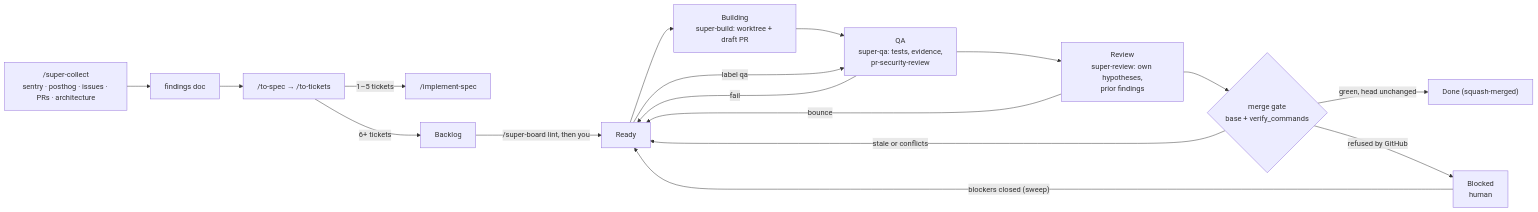
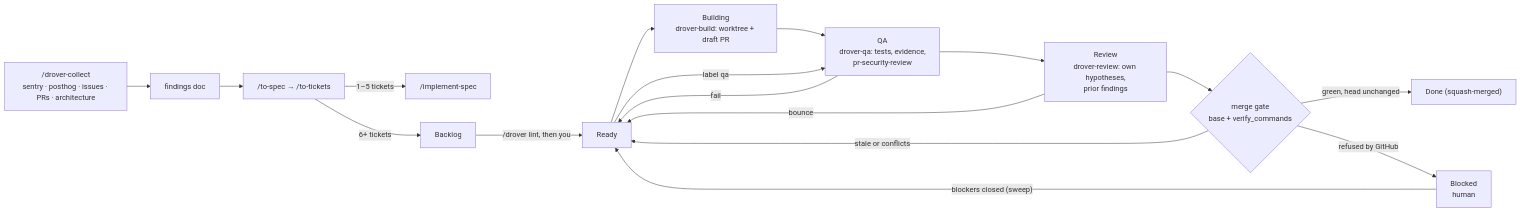
Before and after one commit to belastrittmatter/Drover: the diagram in docs/drover/README.md, drawn with Mermaid. The commit also changed other lines of this file and 155 other files, not shown here.

First line of the commit message:
refactor: rename super-board skills to drover

````diff
--- a/docs/drover/README.md
+++ b/docs/drover/README.md
@@ -23,19 +23,19 @@
 ```mermaid
 flowchart LR
-  collect["/super-collect<br/>sentry · posthog · issues · PRs · architecture"] --> findings["findings doc"]
+  collect["/drover-collect<br/>sentry · posthog · issues · PRs · architecture"] --> findings["findings doc"]
   findings --> spec["/to-spec → /to-tickets"]
   spec -->|"1–5 tickets"| impl["/implement-spec"]
   spec -->|"6+ tickets"| backlog["Backlog"]
-  backlog -->|"/super-board lint, then you"| ready["Ready"]
-  ready --> build["Building<br/>super-build: worktree + draft PR"]
-  build --> qa["QA<br/>super-qa: tests, evidence,<br/>pr-security-review"]
+  backlog -->|"/drover lint, then you"| ready["Ready"]
+  ready --> build["Building<br/>drover-build: worktree + draft PR"]
+  build --> qa["QA<br/>drover-qa: tests, evidence,<br/>pr-security-review"]
   ready -->|"label qa"| qa
-  qa --> review["Review<br/>super-review: own hypotheses,<br/>prior findings"]
+  qa --> review["Review<br/>drover-review: own hypotheses,<br/>prior findings"]
   review --> gate{"merge gate<br/>base + verify_commands"}
   gate -->|green, head unchanged| done["Done (squash-merged)"]
   qa -->|fail| ready
   review -->|bounce| ready
   gate -->|stale or conflicts| ready
   gate -->|refused by GitHub| blocked["Blocked<br/>human"]
   blocked -->|"blockers closed (sweep)"| ready
 ```
````
